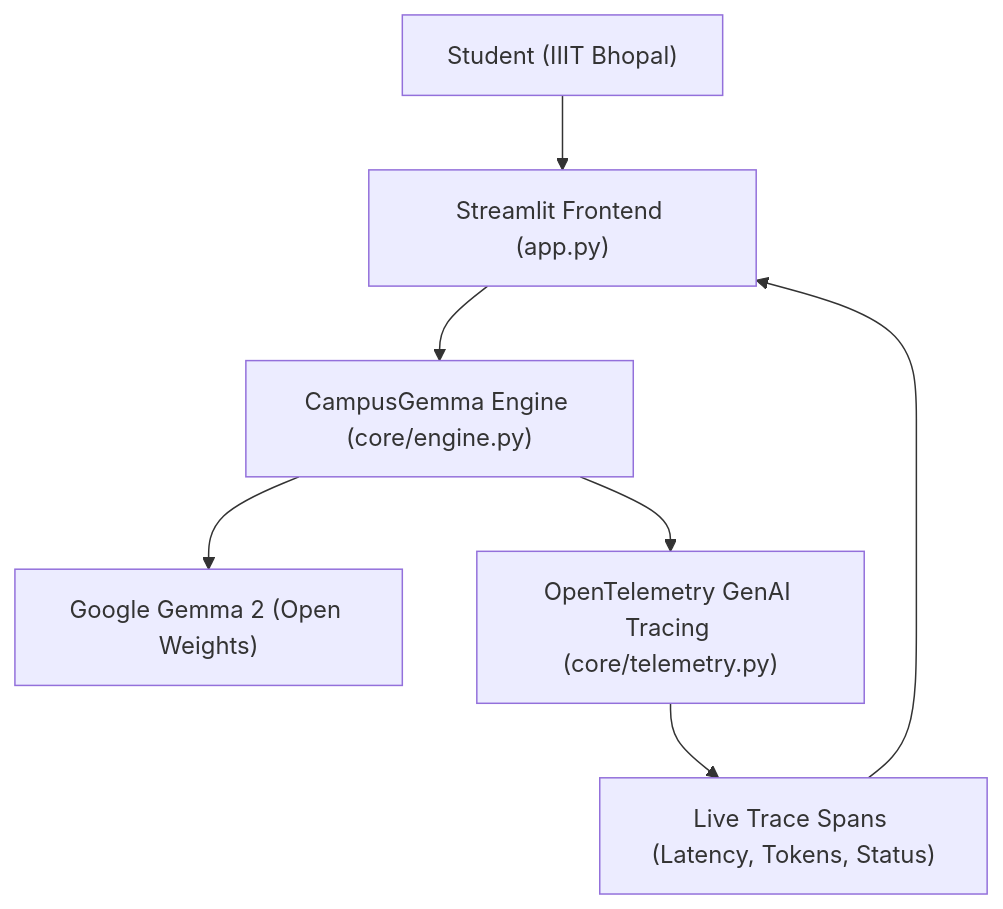
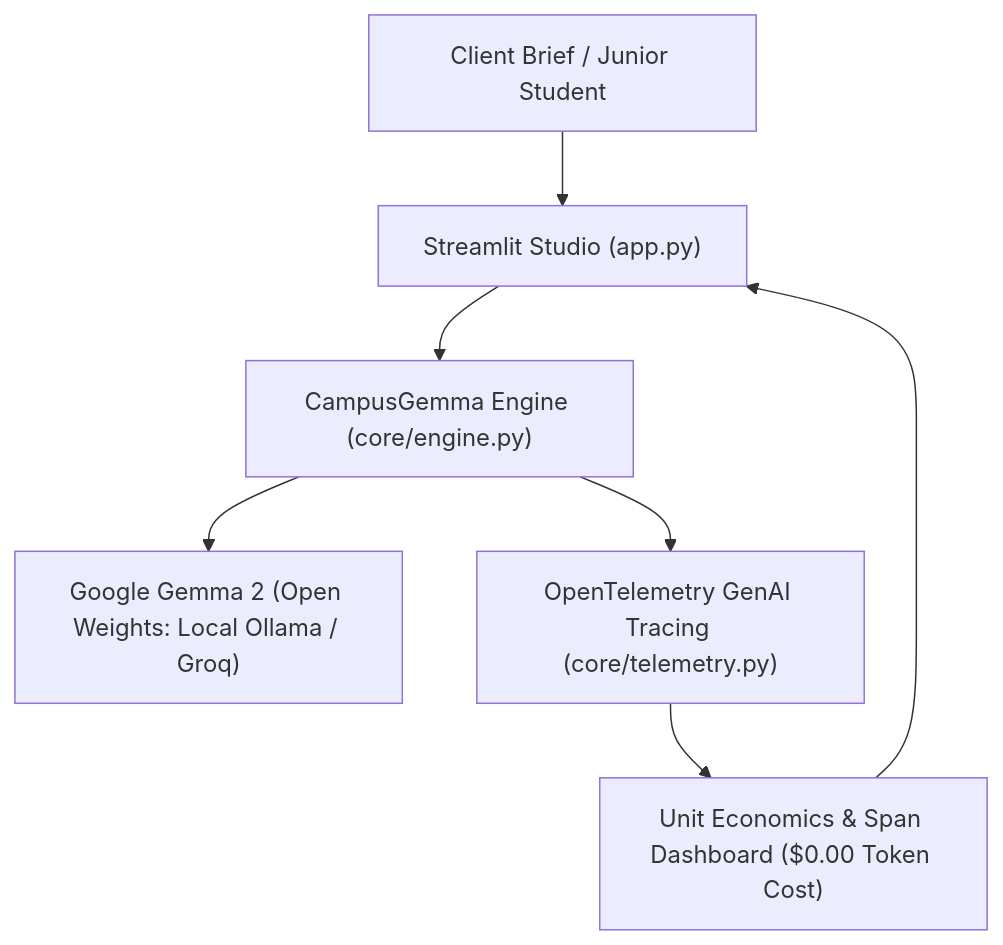
The diagram in README.md (VimalN2005/campus-gemma-ai), drawn with Mermaid before and after one commit. The commit also changed other lines of this file and 3 other files, not shown here.

Commit message:
feat(side-hustle): add Freelance Proposal SOW Generator & Unit Economics tracker for Week 2

````diff
--- a/README.md
+++ b/README.md
@@ -27,9 +29,9 @@
 ```mermaid
 flowchart TD
-    User["Student (IIIT Bhopal)"] --> UI["Streamlit Frontend (app.py)"]
+    Client["Client Brief / Junior Student"] --> UI["Streamlit Studio (app.py)"]
     UI --> Engine["CampusGemma Engine (core/engine.py)"]
-    Engine --> Gemma["Google Gemma 2 (Open Weights)"]
+    Engine --> Gemma["Google Gemma 2 (Open Weights: Local Ollama / Groq)"]
     Engine --> OTel["OpenTelemetry GenAI Tracing (core/telemetry.py)"]
-    OTel --> Spans["Live Trace Spans (Latency, Tokens, Status)"]
-    Spans --> UI
+    OTel --> Economics["Unit Economics & Span Dashboard ($0.00 Token Cost)"]
+    Economics --> UI
 ```
````
